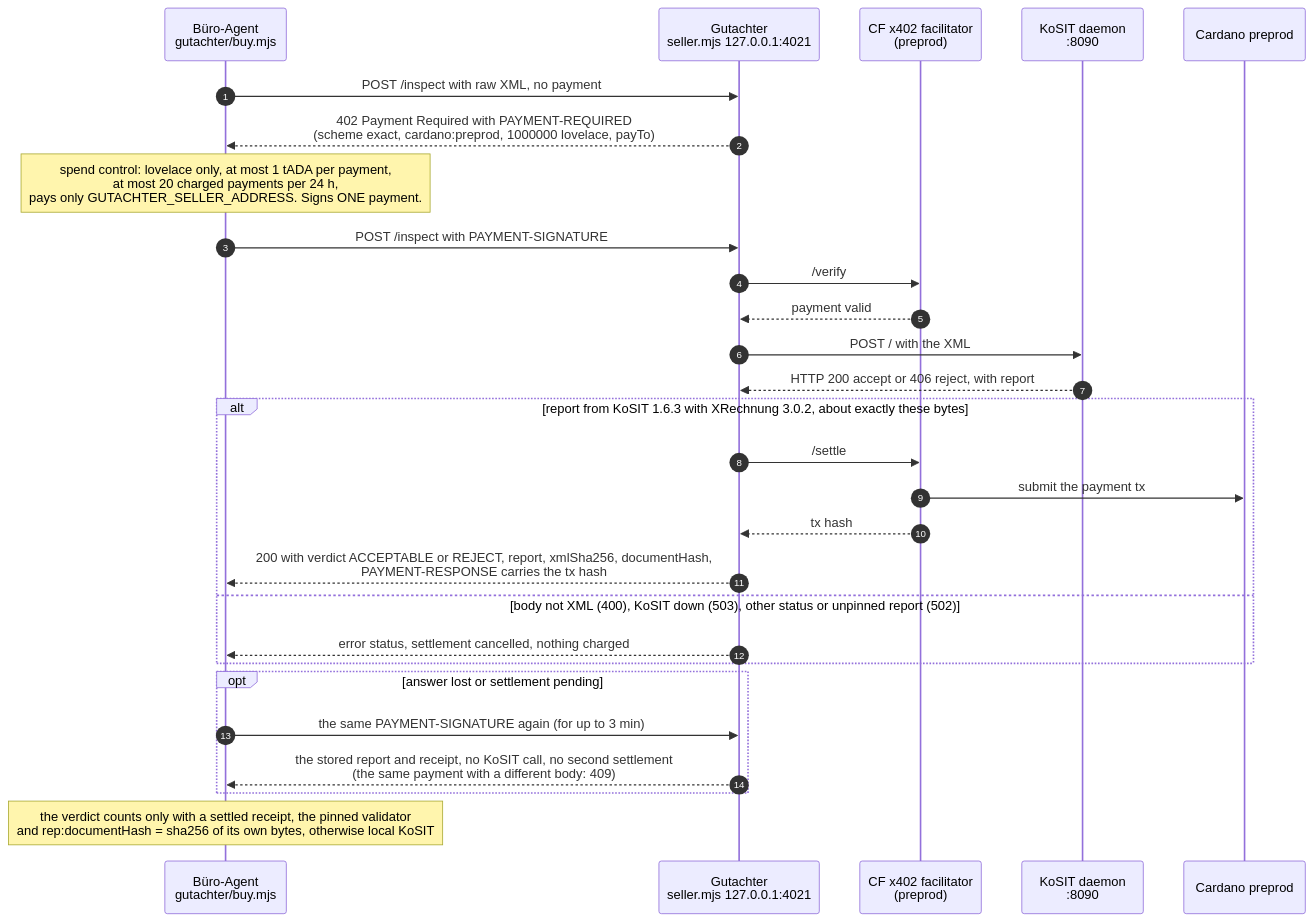
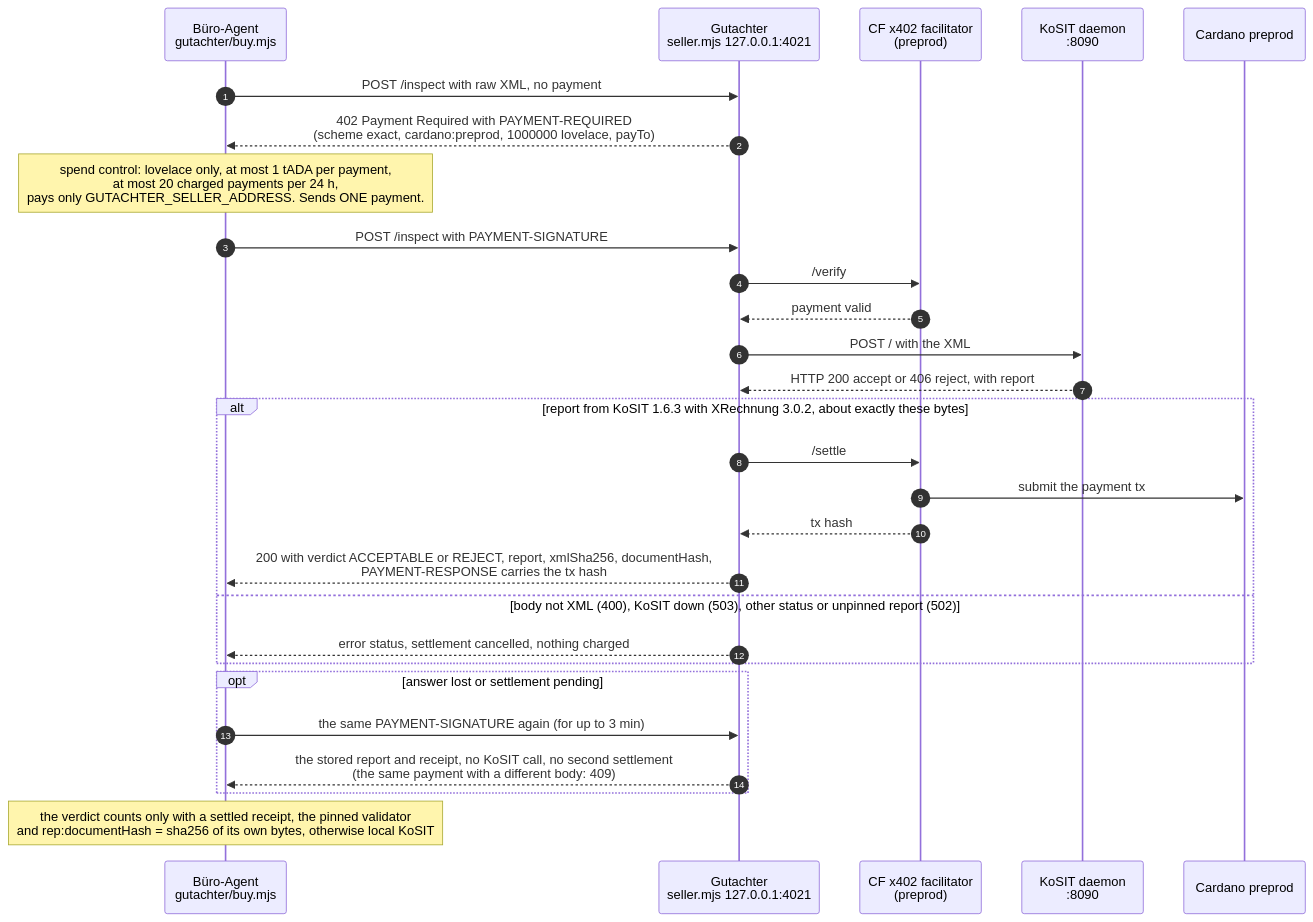
One commit to omurbc/abnahme changed diagram 11 of 11 in README.md. Above: the diagram before and after it, drawn with Mermaid. The commit also changed other lines of this file and 2 other files, not shown here.

````diff
--- a/README.md
+++ b/README.md
@@ -750,31 +750,31 @@
 ```mermaid
 sequenceDiagram
     autonumber
     participant B as Büro-Agent<br/>gutachter/buy.mjs
     participant G as Gutachter<br/>seller.mjs 127.0.0.1:4021
     participant F as CF x402 facilitator<br/>(preprod)
     participant K as KoSIT daemon<br/>:8090
     participant C as Cardano preprod
 
     B->>G: POST /inspect with raw XML, no payment
     G-->>B: 402 Payment Required with PAYMENT-REQUIRED<br/>(scheme exact, cardano:preprod, 1000000 lovelace, payTo)
-    Note over B: spend control: lovelace only, at most 1 tADA per payment,<br/>at most 20 charged payments per 24 h,<br/>pays only GUTACHTER_SELLER_ADDRESS. Signs ONE payment.
+    Note over B: spend control: lovelace only, at most 1 tADA per payment,<br/>at most 20 charged payments per 24 h,<br/>pays only GUTACHTER_SELLER_ADDRESS. Sends ONE payment.
     B->>G: POST /inspect with PAYMENT-SIGNATURE
     G->>F: /verify
     F-->>G: payment valid
     G->>K: POST / with the XML
     K-->>G: HTTP 200 accept or 406 reject, with report
     alt report from KoSIT 1.6.3 with XRechnung 3.0.2, about exactly these bytes
         G->>F: /settle
         F->>C: submit the payment tx
         F-->>G: tx hash
         G-->>B: 200 with verdict ACCEPTABLE or REJECT, report, xmlSha256, documentHash,<br/>PAYMENT-RESPONSE carries the tx hash
     else body not XML (400), KoSIT down (503), other status or unpinned report (502)
         G-->>B: error status, settlement cancelled, nothing charged
     end
     opt answer lost or settlement pending
         B->>G: the same PAYMENT-SIGNATURE again (for up to 3 min)
         G-->>B: the stored report and receipt, no KoSIT call, no second settlement<br/>(the same payment with a different body: 409)
     end
     Note over B: the verdict counts only with a settled receipt, the pinned validator<br/>and rep:documentHash = sha256 of its own bytes, otherwise local KoSIT
 ```
````
